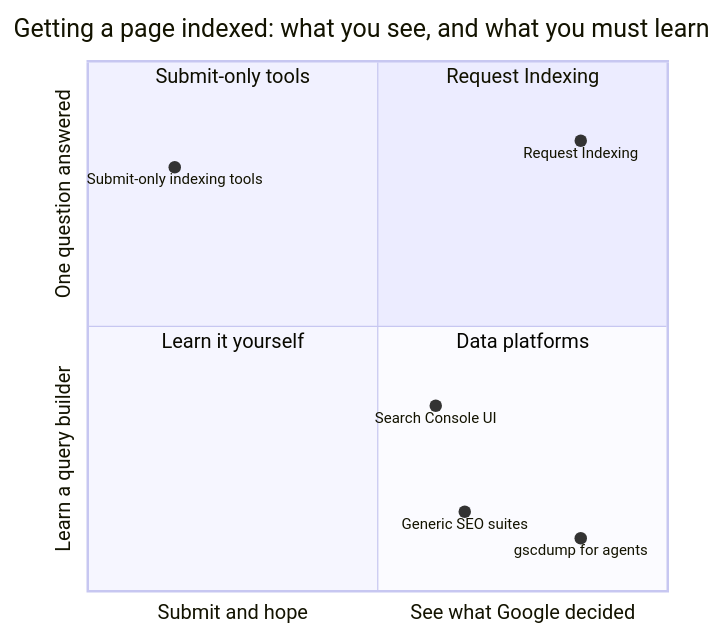
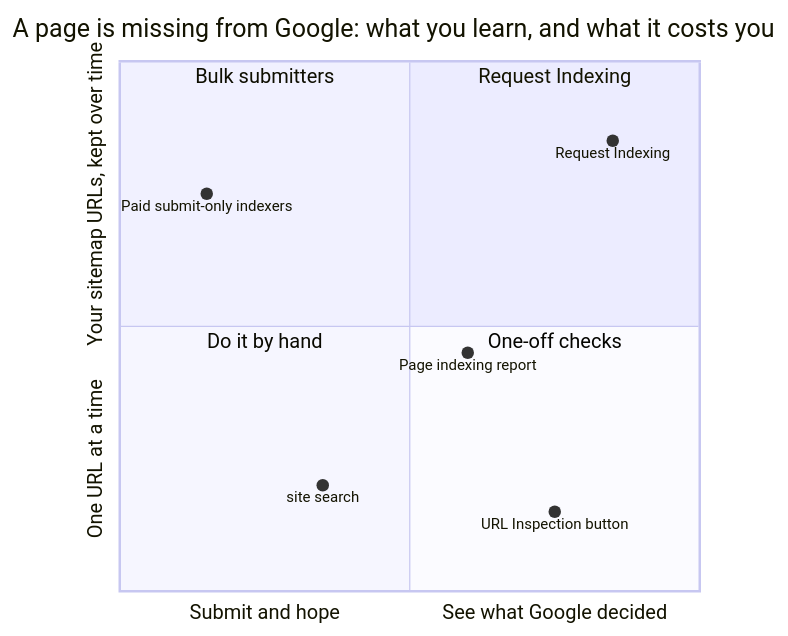
The diagram in MARKETING.md (harlan-zw/requestindexing.com), drawn with Mermaid before and after one commit. The commit also changed other lines of this file and 7 other files, not shown here.

````diff
--- a/MARKETING.md
+++ b/MARKETING.md
@@ -54,15 +94,15 @@
 ```mermaid
 quadrantChart
-  title Getting a page indexed: what you see, and what you must learn
+  title A page is missing from Google: what you learn, and what it costs you
   x-axis Submit and hope --> See what Google decided
-  y-axis Learn a query builder --> One question answered
+  y-axis One URL at a time --> Your sitemap URLs, kept over time
   quadrant-1 Request Indexing
-  quadrant-2 Submit-only tools
-  quadrant-3 Learn it yourself
-  quadrant-4 Data platforms
-  Submit-only indexing tools: [0.15, 0.8]
-  Search Console UI: [0.6, 0.35]
-  Generic SEO suites: [0.65, 0.15]
-  gscdump for agents: [0.85, 0.1]
+  quadrant-2 Bulk submitters
+  quadrant-3 Do it by hand
+  quadrant-4 One-off checks
+  Paid submit-only indexers: [0.15, 0.75]
+  site search: [0.35, 0.2]
+  URL Inspection button: [0.75, 0.15]
+  Page indexing report: [0.6, 0.45]
   Request Indexing: [0.85, 0.85]
 ```
````
